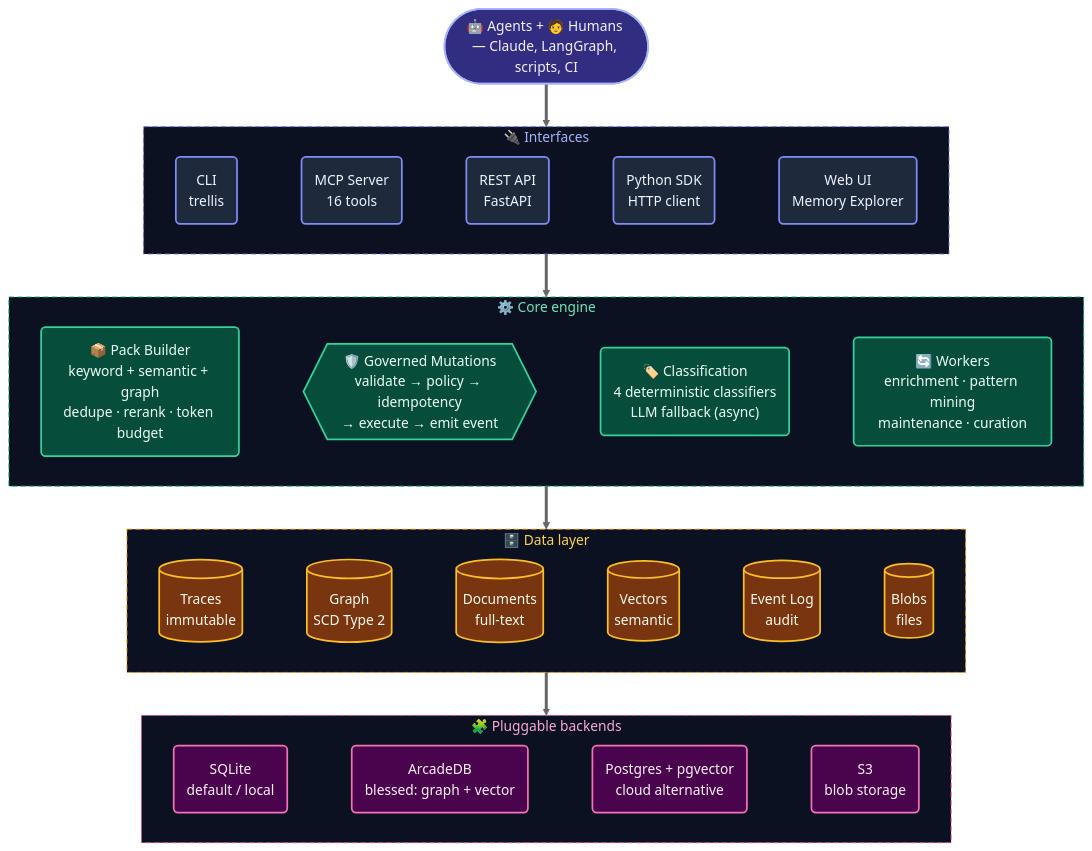
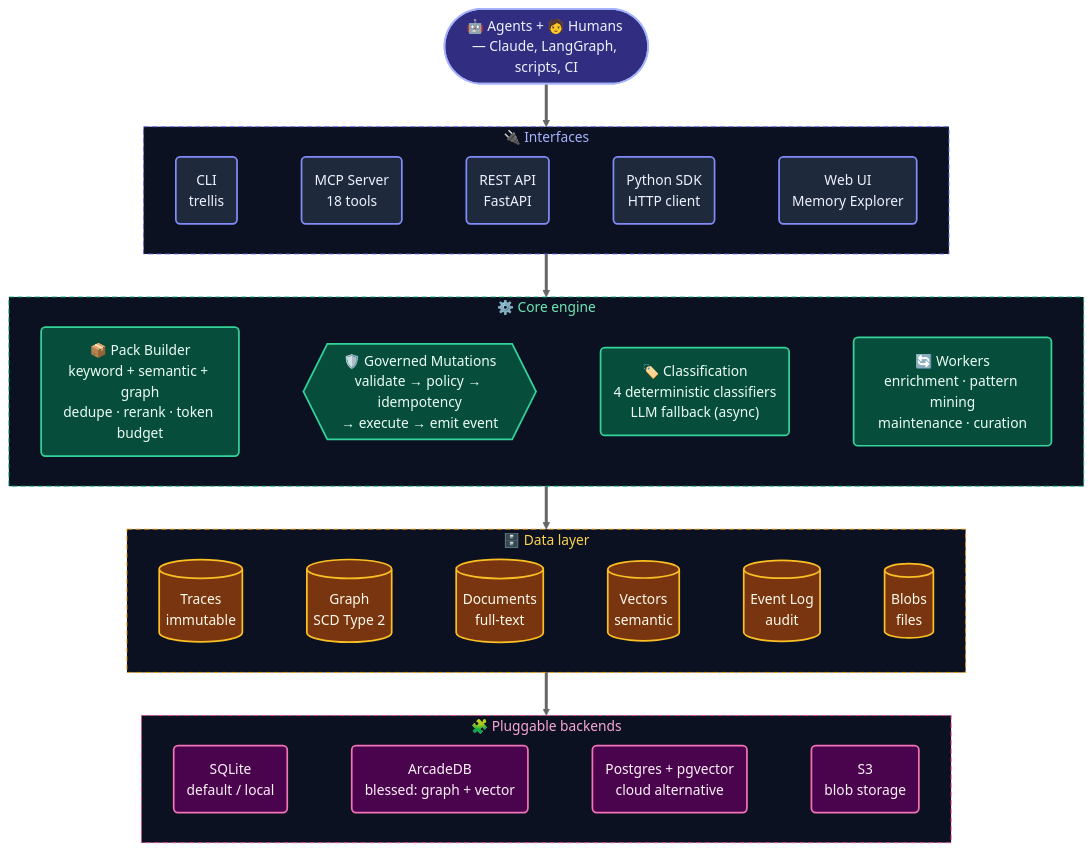
One commit to ronsse/trellis-ai changed the second of 6 diagrams in README.md. Above: the diagram before and after it, drawn with Mermaid (neutral theme). The commit also changed other lines of this file and 41 other files, not shown here.

First line of the commit message:
feat(auth): list, mint and revoke API keys from REST, the UI and MCP (#1154)

````diff
--- a/README.md
+++ b/README.md
@@ -107,44 +107,44 @@
 ```mermaid
 flowchart TB
     Users(["🤖 Agents + 🧑 Humans — Claude, LangGraph, scripts, CI"])
 
     subgraph Interfaces["🔌 Interfaces"]
         direction LR
-        CLI("CLI<br/>trellis") ~~~ MCP("MCP Server<br/>16 tools") ~~~ REST("REST API<br/>FastAPI") ~~~ SDK("Python SDK<br/>HTTP client") ~~~ UI("Web UI<br/>Memory Explorer")
+        CLI("CLI<br/>trellis") ~~~ MCP("MCP Server<br/>18 tools") ~~~ REST("REST API<br/>FastAPI") ~~~ SDK("Python SDK<br/>HTTP client") ~~~ UI("Web UI<br/>Memory Explorer")
     end
 
     subgraph Core["⚙️ Core engine"]
         direction LR
         PB("📦 Pack Builder<br/>keyword + semantic + graph<br/>dedupe · rerank · token budget") ~~~ GP{{"🛡️ Governed Mutations<br/>validate → policy → idempotency<br/>→ execute → emit event"}} ~~~ CL("🏷️ Classification<br/>4 deterministic classifiers<br/>LLM fallback (async)") ~~~ WK("🔄 Workers<br/>enrichment · pattern mining<br/>maintenance · curation")
     end
 
     subgraph Data["🗄️ Data layer"]
         direction LR
         TR[("Traces<br/>immutable")] ~~~ GR[("Graph<br/>SCD Type 2")] ~~~ DO[("Documents<br/>full-text")] ~~~ VE[("Vectors<br/>semantic")] ~~~ EL[("Event Log<br/>audit")] ~~~ BL[("Blobs<br/>files")]
     end
 
     subgraph Backends["🧩 Pluggable backends"]
         direction LR
         SQ("SQLite<br/>default / local") ~~~ AR("ArcadeDB<br/>blessed: graph + vector") ~~~ PG("Postgres + pgvector<br/>cloud alternative") ~~~ S3("S3<br/>blob storage")
     end
 
     Users ==> Interfaces
     Interfaces ==> Core
     Core ==> Data
     Data ==> Backends
 
     classDef iface fill:#1e293b,stroke:#818cf8,stroke-width:2px,color:#eef2ff;
     classDef agent fill:#312e81,stroke:#a5b4fc,stroke-width:2px,color:#eef2ff;
     classDef core fill:#064e3b,stroke:#34d399,stroke-width:2px,color:#ecfdf5;
     classDef data fill:#78350f,stroke:#fbbf24,stroke-width:2px,color:#fffbeb;
     classDef back fill:#4a044e,stroke:#f472b6,stroke-width:2px,color:#fdf2f8;
     class CLI,MCP,REST,SDK,UI iface;
     class Users agent;
     class PB,GP,CL,WK core;
     class TR,GR,DO,VE,EL,BL data;
     class SQ,PG,S3,AR back;
     style Interfaces fill:#0b1120,stroke:#6366f1,stroke-width:1px,stroke-dasharray:6 4,color:#a5b4fc;
     style Core fill:#0b1120,stroke:#10b981,stroke-width:1px,stroke-dasharray:6 4,color:#6ee7b7;
     style Data fill:#0b1120,stroke:#f59e0b,stroke-width:1px,stroke-dasharray:6 4,color:#fcd34d;
     style Backends fill:#0b1120,stroke:#ec4899,stroke-width:1px,stroke-dasharray:6 4,color:#f9a8d4;
 ```
````
